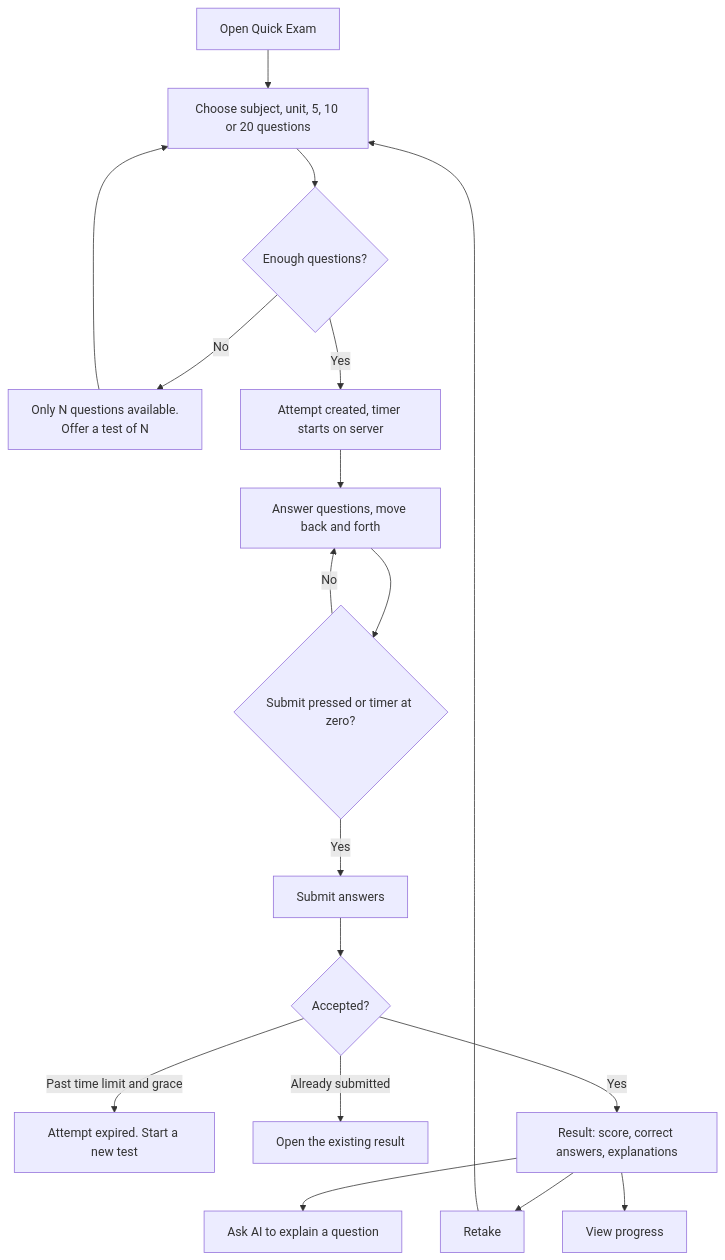
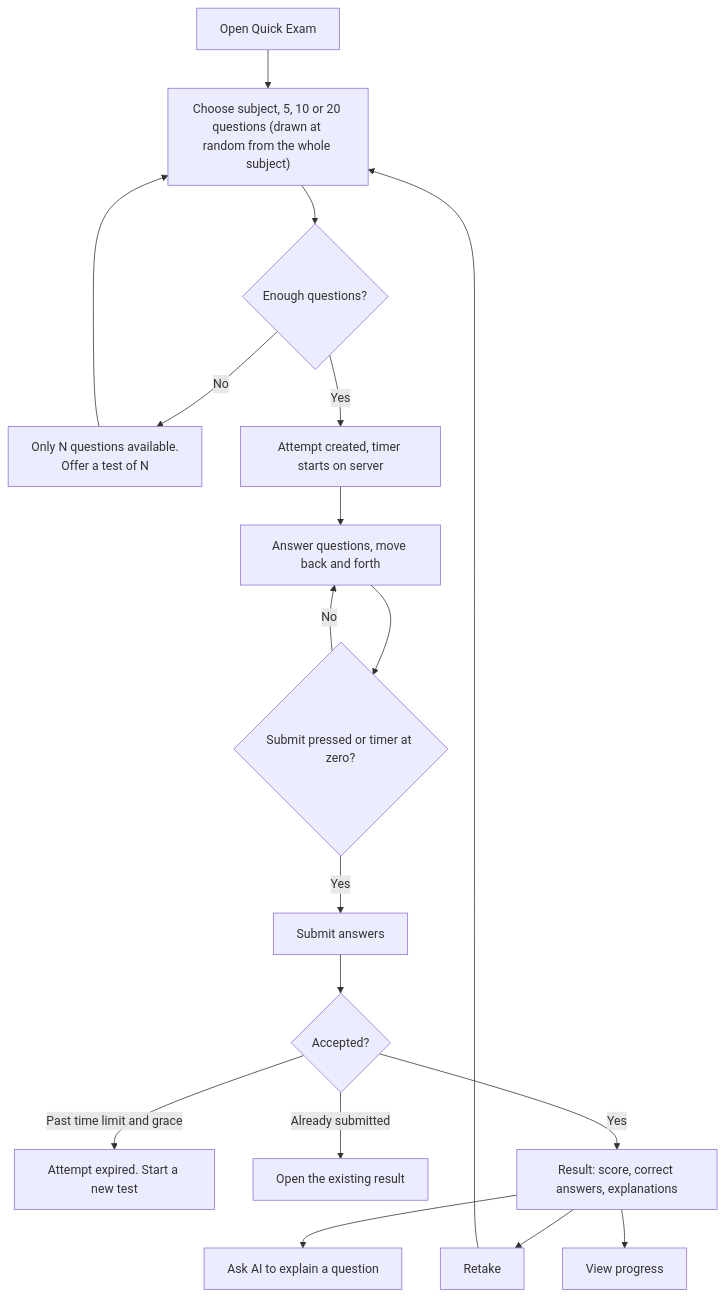
Before and after one commit to Laxmansirvi05/student-management-system: the ninth of 9 diagrams in docs/06-app-flow.md, drawn with Mermaid. The commit also changed 52 other files, not shown here.

````diff
--- a/docs/06-app-flow.md
+++ b/docs/06-app-flow.md
@@ -224,20 +224,20 @@
 ```mermaid
 flowchart TD
-    A["Open Quick Exam"] --> B["Choose subject, unit, 5, 10 or 20 questions"]
+    A["Open Quick Exam"] --> B["Choose subject, 5, 10 or 20 questions (drawn at random from the whole subject)"]
     B --> C{"Enough questions?"}
     C -- No --> D["Only N questions available.<br/>Offer a test of N"]
     D --> B
     C -- Yes --> E["Attempt created, timer starts on server"]
     E --> F["Answer questions, move back and forth"]
     F --> G{"Submit pressed or timer at zero?"}
     G -- No --> F
     G -- Yes --> H["Submit answers"]
     H --> I{"Accepted?"}
     I -- "Past time limit and grace" --> J["Attempt expired. Start a new test"]
     I -- "Already submitted" --> K["Open the existing result"]
     I -- Yes --> L["Result: score, correct answers, explanations"]
     L --> M["Retake"]
     L --> N["Ask AI to explain a question"]
     L --> O["View progress"]
     M --> B
 ```
````
